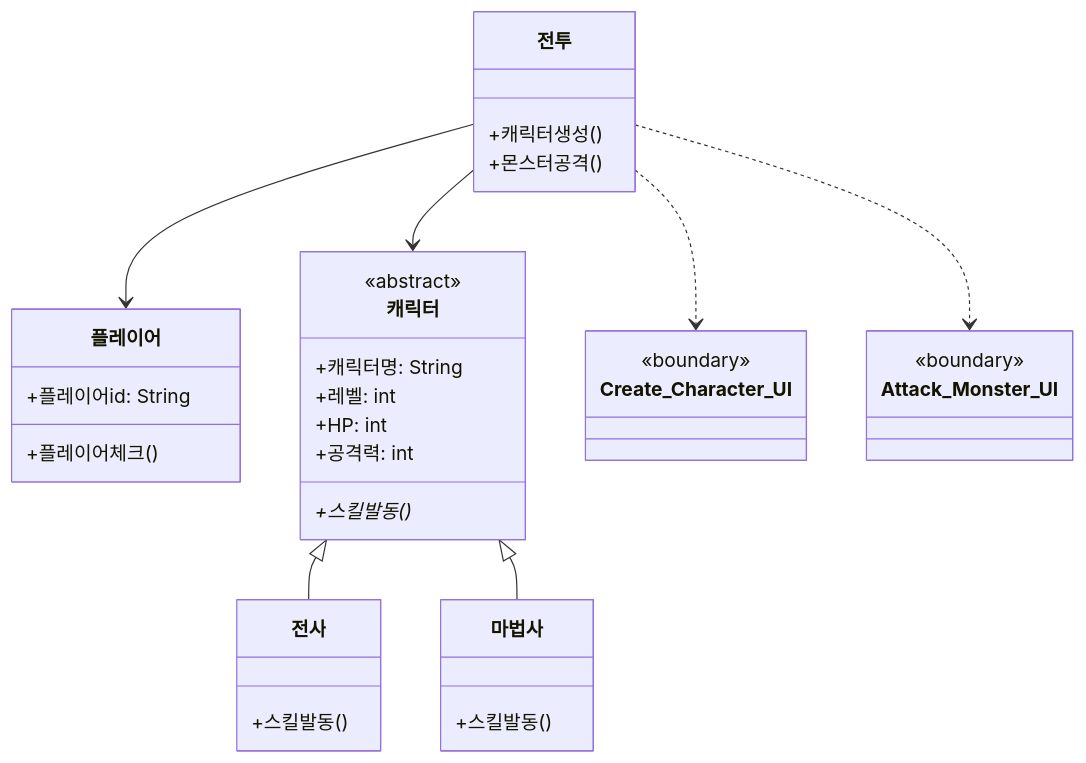
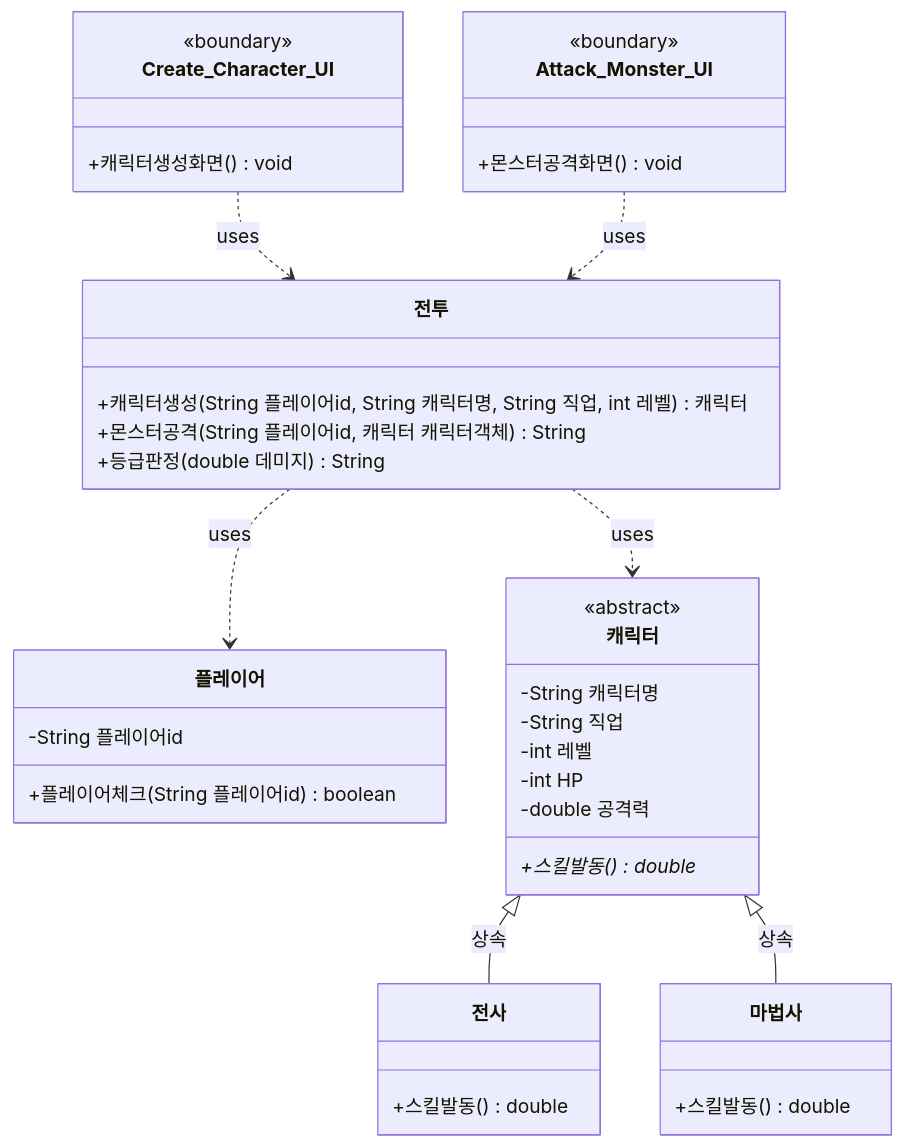
One commit to myeongjunyoung/DNF_BATTLE_B_01- changed the diagram in ClassDIagram.md. Above: the diagram before and after it, drawn with Mermaid.

Commit message:
Class Diagram 수정

````diff
--- a/ClassDIagram.md
+++ b/ClassDIagram.md
@@ -1,45 +1,49 @@
 ```mermaid
 classDiagram
     class 플레이어 {
-        +플레이어id: String
-        +플레이어체크()
+        -String 플레이어id
+        +플레이어체크(String 플레이어id) boolean
     }
     
     class 캐릭터 {
         <<abstract>>
-        +캐릭터명: String
-        +레벨: int
-        +HP: int
-        +공격력: int
-        +스킬발동()*
+        -String 캐릭터명
+        -String 직업
+        -int 레벨
+        -int HP
+        -double 공격력
+        +스킬발동() double*
     }
     
     class 전사 {
-        +스킬발동()
+        +스킬발동() double
     }
     
     class 마법사 {
-        +스킬발동()
+        +스킬발동() double
     }
     
     class 전투 {
-        +캐릭터생성()
-        +몬스터공격()
+        +캐릭터생성(String 플레이어id, String 캐릭터명, String 직업, int 레벨) 캐릭터
+        +몬스터공격(String 플레이어id, 캐릭터 캐릭터객체) String
+        +등급판정(double 데미지) String
     }
     
     class Create_Character_UI {
         <<boundary>>
+        +캐릭터생성화면() void
     }
     
     class Attack_Monster_UI {
         <<boundary>>
+        +몬스터공격화면() void
     }
     
-    캐릭터 <|-- 전사
-    캐릭터 <|-- 마법사
+    캐릭터 <|-- 전사 : 상속
+    캐릭터 <|-- 마법사 : 상속
     
-    전투 ..> Create_Character_UI
-    전투 ..> Attack_Monster_UI
-    전투 --> 플레이어
-    전투 --> 캐릭터
+    전투 ..> 캐릭터 : uses
+    전투 ..> 플레이어 : uses
+    Create_Character_UI ..> 전투 : uses
+    Attack_Monster_UI ..> 전투 : uses
 ```
````
